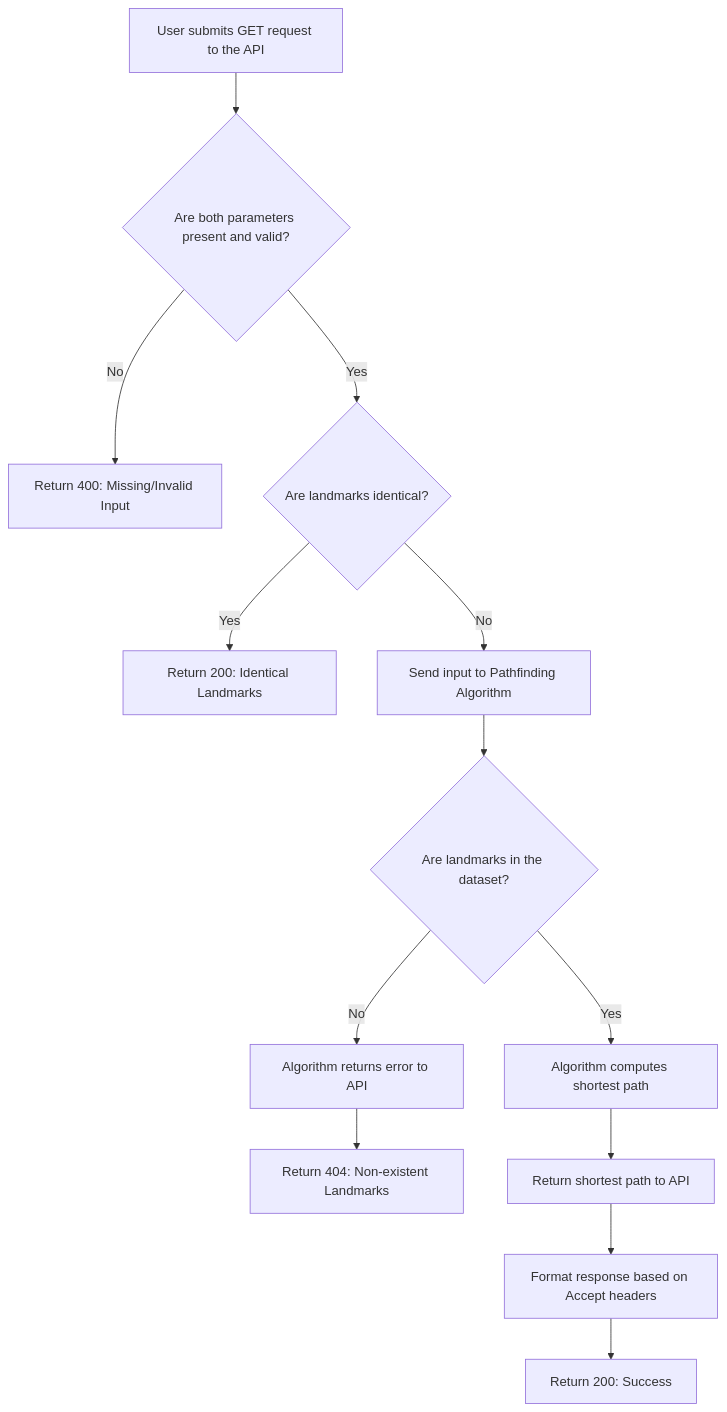
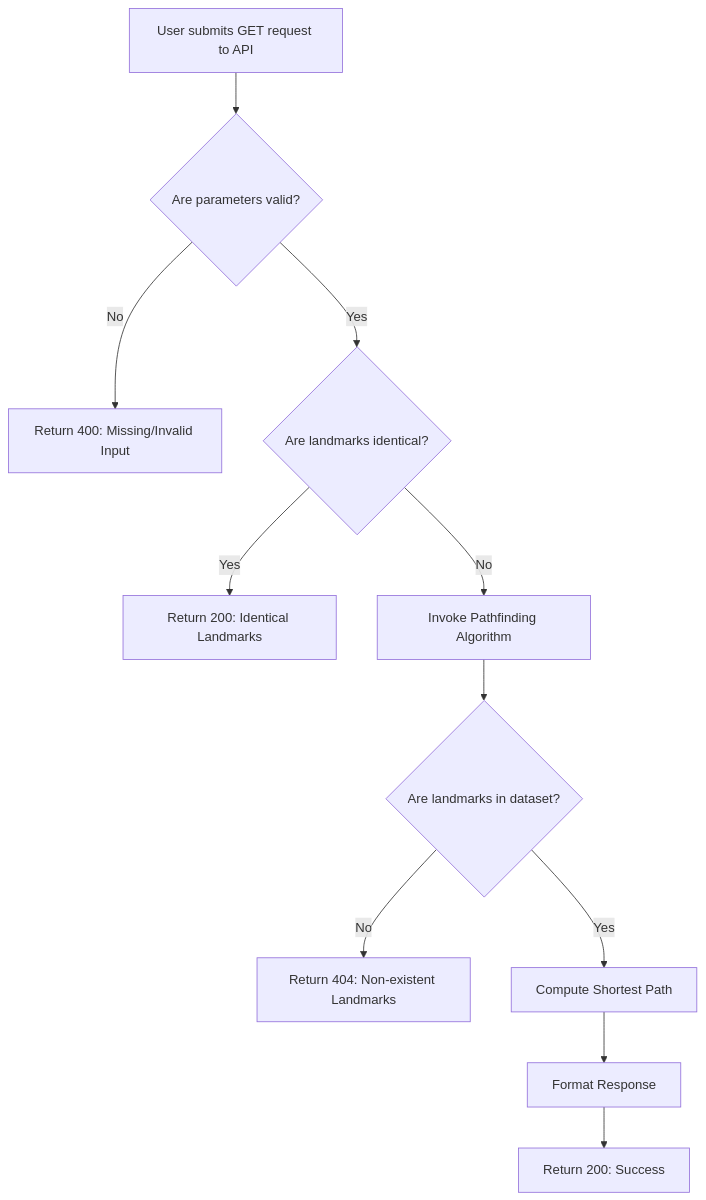
One commit to algosup/2024-2025-project-3-quickest-path-team-8 changed the diagram in documents/functional_specifications/functional_specifications.md. Above: the diagram before and after it, drawn with Mermaid. The commit also changed other lines of this file, not shown here.

````diff
--- a/documents/functional_specifications/functional_specifications.md
+++ b/documents/functional_specifications/functional_specifications.md
@@ -370,15 +380,13 @@
 ```mermaid
-flowchart TD
-A[User submits GET request to the API] --> B{Are both parameters present and valid?}
+graph TD
+A[User submits GET request to API] --> B{Are parameters valid?}
 B --> |No| D[Return 400: Missing/Invalid Input]
 B --> |Yes| C{Are landmarks identical?}
 C --> |Yes| E[Return 200: Identical Landmarks]
-C --> |No| F[Send input to Pathfinding Algorithm]
-F --> G{Are landmarks in the dataset?}
-G --> |No| H[Algorithm returns error to API]
-H --> I[Return 404: Non-existent Landmarks]
-G --> |Yes| J[Algorithm computes shortest path]
-J --> K[Return shortest path to API]
-K --> L[Format response based on Accept headers]
-L --> M[Return 200: Success]
+C --> |No| F[Invoke Pathfinding Algorithm]
+F --> G{Are landmarks in dataset?}
+G --> |No| H[Return 404: Non-existent Landmarks]
+G --> |Yes| I[Compute Shortest Path]
+I --> J[Format Response]
+J --> K[Return 200: Success]
 ```
````
